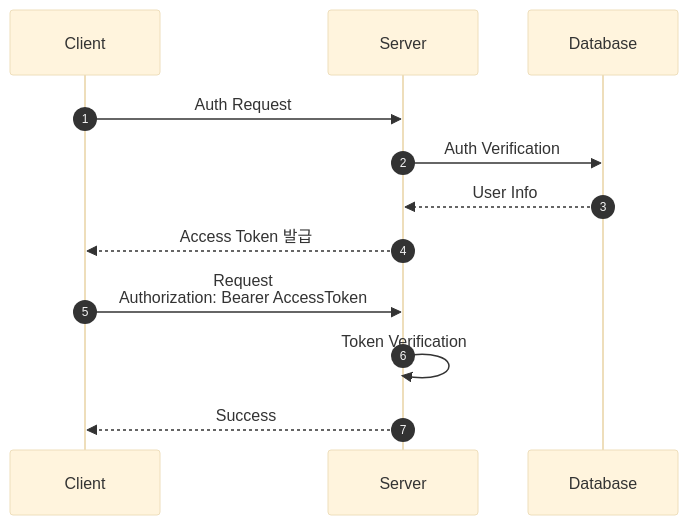
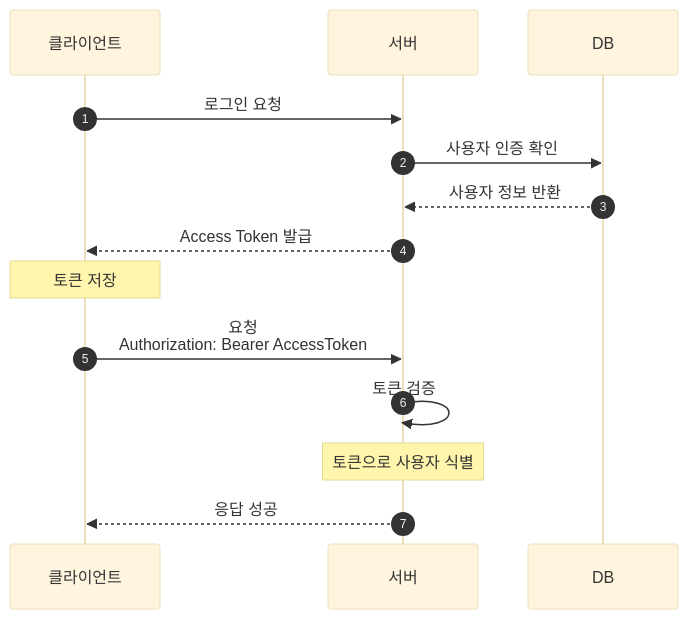
The third of 3 diagrams in web/쿠키 & 세션 & 토큰/쿠키 & 세션 & 토큰.md (toctoce/TIL), drawn with Mermaid (base theme) before and after one commit. The commit also changed other lines of this file, not shown here.

````diff
--- a/web/쿠키 & 세션 & 토큰/쿠키 & 세션 & 토큰.md
+++ b/web/쿠키 & 세션 & 토큰/쿠키 & 세션 & 토큰.md
@@ -84,17 +86,19 @@
 ```mermaid
 sequenceDiagram
     autonumber
-    participant Client as Client
-    participant Server as Server
-    participant Database as Database
+    participant Client as 클라이언트
+    participant Server as 서버
+    participant Database as DB
 
-    Client->>Server: Auth Request
-    Server->>Database: Auth Verification
-    Database-->>Server: User Info
+    Client->>Server: 로그인 요청
+    Server->>Database: 사용자 인증 확인
+    Database-->>Server: 사용자 정보 반환
 
     Server-->>Client: Access Token 발급
+    Note over Client: 토큰 저장
 
-    Client->>Server: Request<br/>Authorization: Bearer AccessToken
-    Server->>Server: Token Verification
-    Server-->>Client: Success
+    Client->>Server: 요청<br/>Authorization: Bearer AccessToken
+    Server->>Server: 토큰 검증
+    Note over Server: 토큰으로 사용자 식별
+    Server-->>Client: 응답 성공
 ```
````
